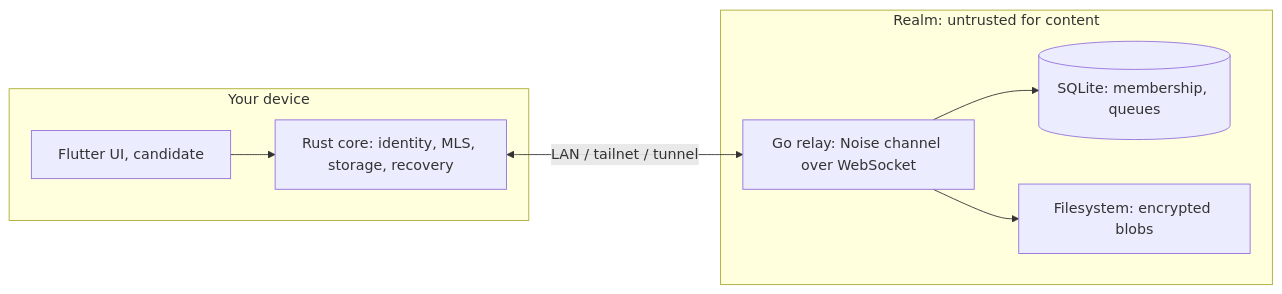
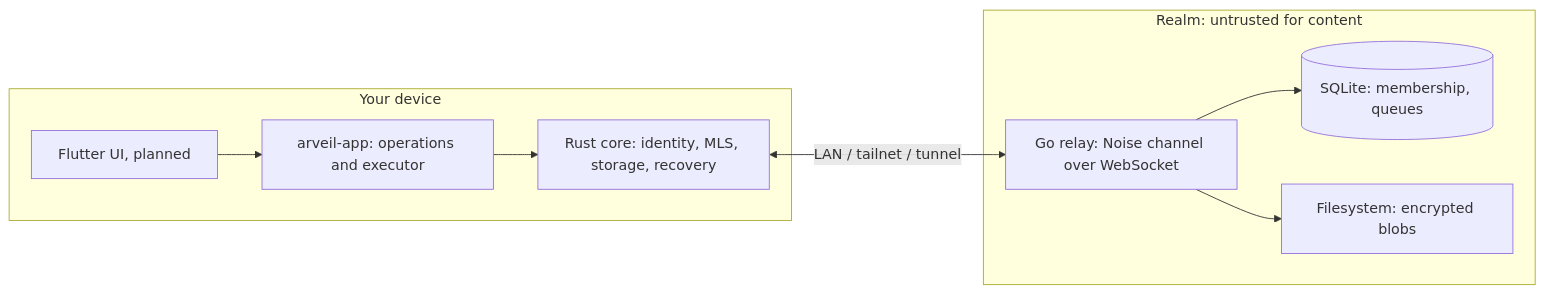
Before and after one commit to Ulzuhan/arveil: the diagram in README.md, drawn with Mermaid. The commit also changed other lines of this file and 33 other files, not shown here.

````diff
--- a/README.md
+++ b/README.md
@@ -26,12 +28,13 @@
 ```mermaid
 flowchart LR
   subgraph Device[Your device]
-    UI[Flutter UI, candidate] --> Core[Rust core: identity, MLS, storage, recovery]
+    UI[Flutter UI, planned] --> App[arveil-app: operations and executor]
+    App --> Core[Rust core: identity, MLS, storage, recovery]
   end
   subgraph Realm[Realm: untrusted for content]
     Relay[Go relay: Noise channel over WebSocket]
     Relay --> DB[(SQLite: membership, queues)]
     Relay --> FS[Filesystem: encrypted blobs]
   end
   Core <-->|LAN / tailnet / tunnel| Relay
 ```
````
